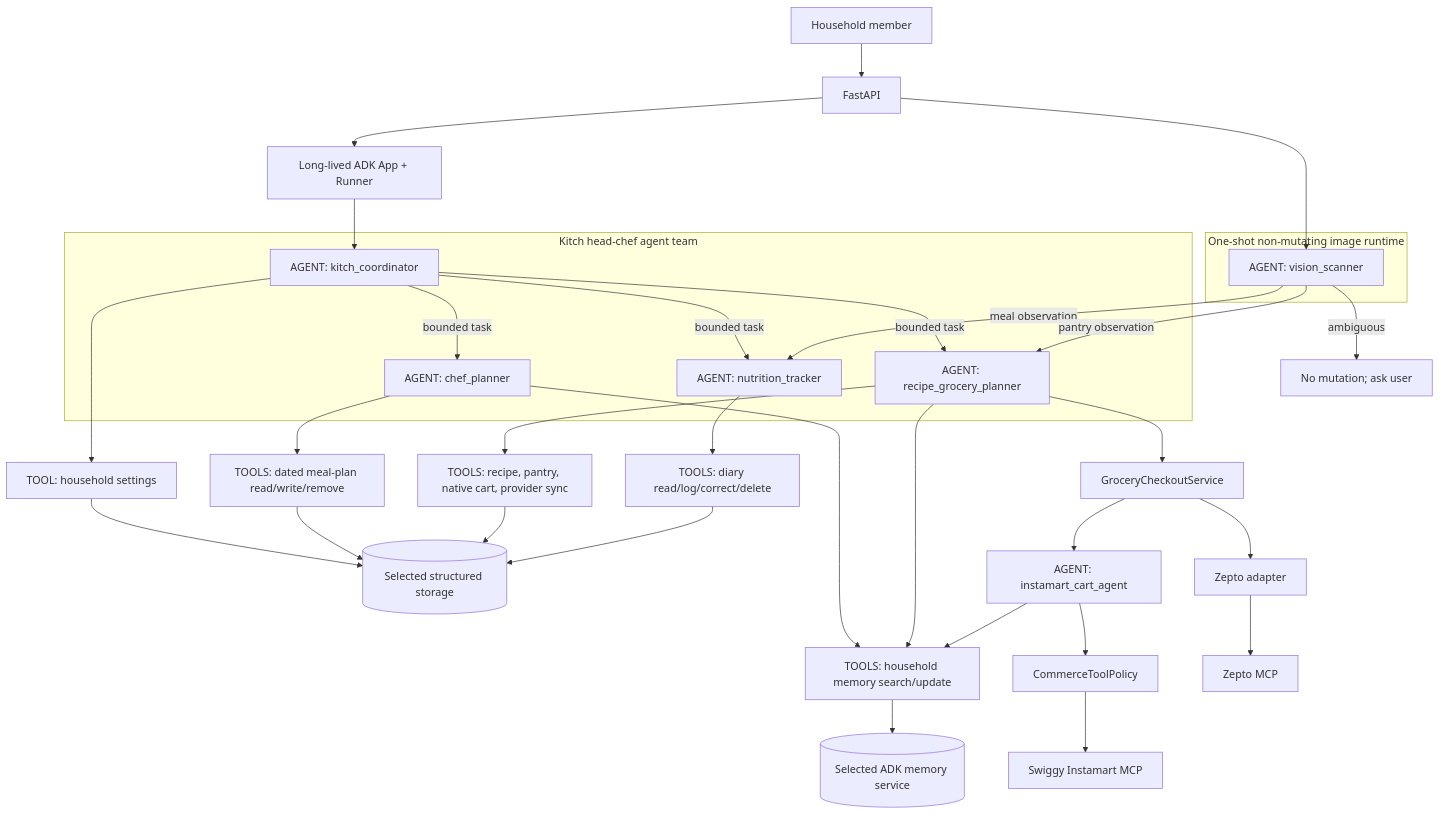
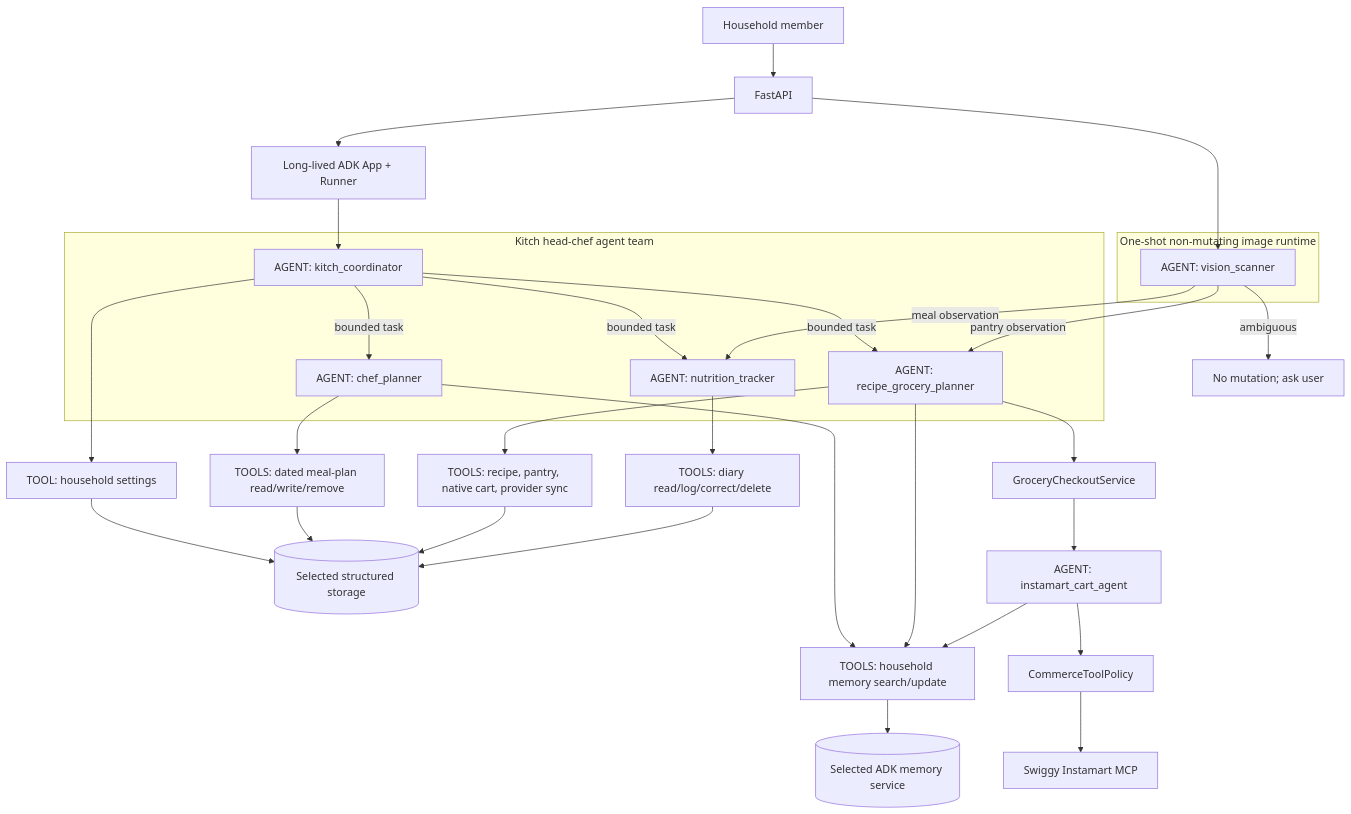
Before and after one commit to architworks/kitch: the diagram in docs/ai_agent_topology.md, drawn with Mermaid. The commit also changed 31 other files, not shown here.

````diff
--- a/docs/ai_agent_topology.md
+++ b/docs/ai_agent_topology.md
@@ -7,40 +7,38 @@
 ```mermaid
 flowchart TB
     User[Household member] --> API[FastAPI]
     API --> MainRunner[Long-lived ADK App + Runner]
     subgraph Team[Kitch head-chef agent team]
         Coordinator[AGENT: kitch_coordinator]
         Chef[AGENT: chef_planner]
         Recipe[AGENT: recipe_grocery_planner]
         Nutrition[AGENT: nutrition_tracker]
         Coordinator -->|bounded task| Chef
         Coordinator -->|bounded task| Recipe
         Coordinator -->|bounded task| Nutrition
     end
     MainRunner --> Coordinator
     Coordinator --> Settings[TOOL: household settings]
     Chef --> MealTools[TOOLS: dated meal-plan read/write/remove]
     Recipe --> KitchenTools[TOOLS: recipe, pantry, native cart, provider sync]
     Nutrition --> NutritionTools[TOOLS: diary read/log/correct/delete]
     Settings --> Storage[(Selected structured storage)]
     MealTools --> Storage
     KitchenTools --> Storage
     NutritionTools --> Storage
     Chef --> MemoryTools[TOOLS: household memory search/update]
     Recipe --> MemoryTools
     MemoryTools --> Memory[(Selected ADK memory service)]
     subgraph VisionRuntime[One-shot non-mutating image runtime]
         Vision[AGENT: vision_scanner]
     end
     API --> Vision
     Vision -->|meal observation| Nutrition
     Vision -->|pantry observation| Recipe
     Vision -->|ambiguous| Clarify[No mutation; ask user]
     Recipe --> Checkout[GroceryCheckoutService]
     Checkout --> InstamartAgent[AGENT: instamart_cart_agent]
     InstamartAgent --> MemoryTools
     InstamartAgent --> Policy[CommerceToolPolicy]
     Policy --> InstamartMCP[Swiggy Instamart MCP]
-    Checkout --> ZeptoAdapter[Zepto adapter]
-    ZeptoAdapter --> ZeptoMCP[Zepto MCP]
 ```
````
